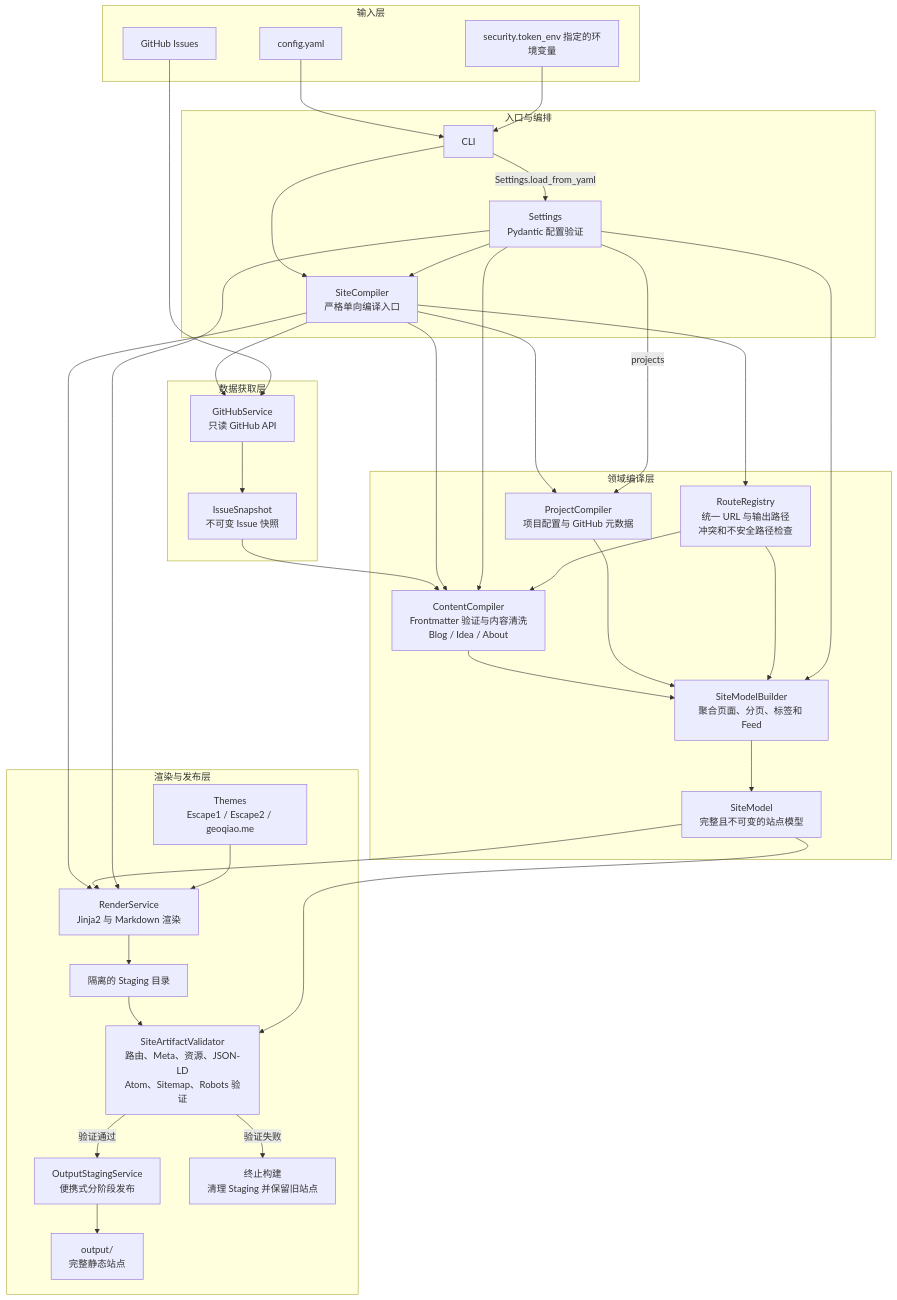
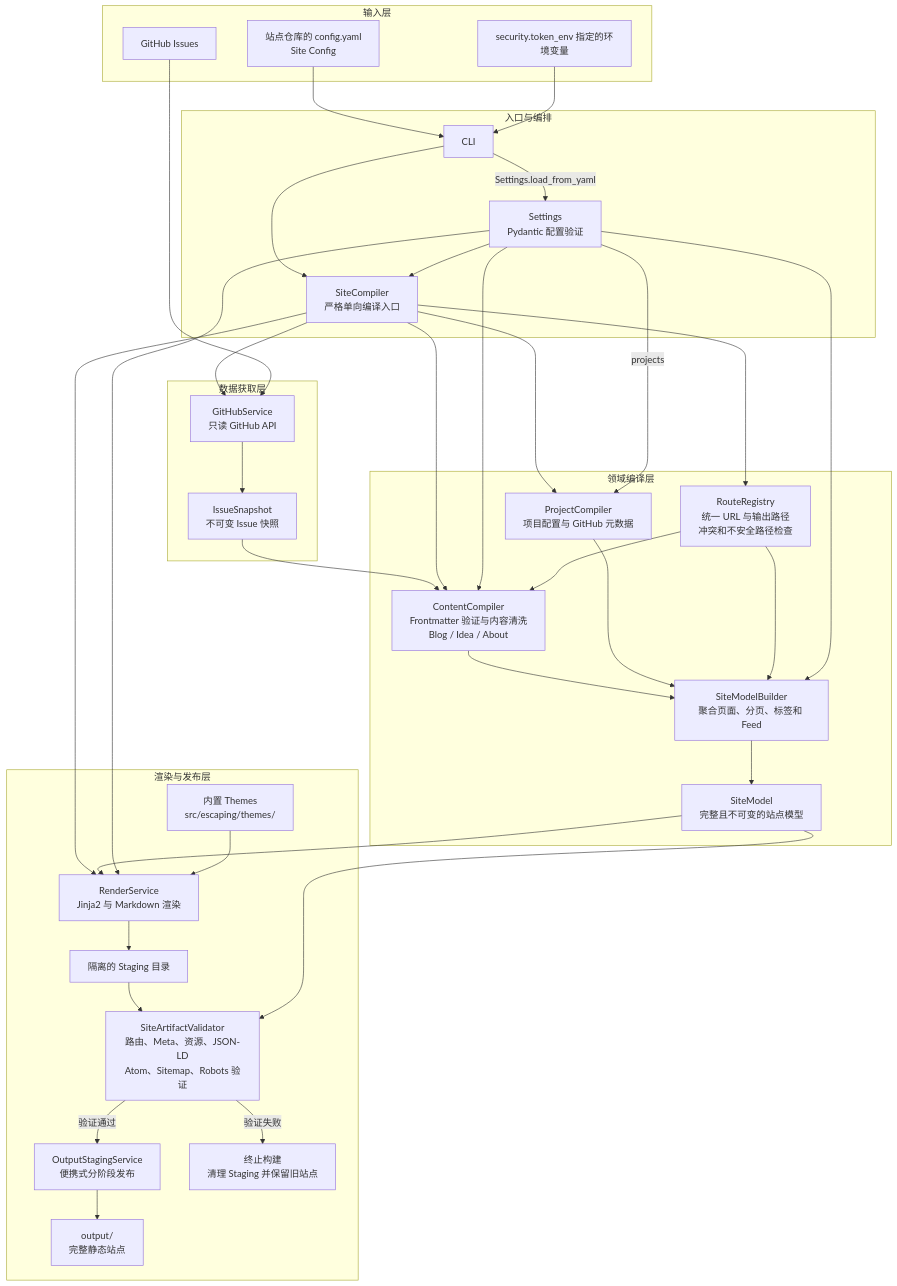
One commit to geoqiao/escaping changed the first of 2 diagrams in docs/dual-repo-architecture.md. Above: the diagram before and after it, drawn with Mermaid. The commit also changed other lines of this file and 44 other files, not shown here.

````diff
--- a/docs/dual-repo-architecture.md
+++ b/docs/dual-repo-architecture.md
@@ -17,71 +25,71 @@
 ```mermaid
 flowchart TD
     subgraph Inputs["输入层"]
-        Config["config.yaml"]
+        Config["站点仓库的 config.yaml<br/>Site Config"]
         Token["security.token_env 指定的环境变量"]
         Issues["GitHub Issues"]
     end
 
     subgraph Entry["入口与编排"]
         CLI["CLI"]
         Settings["Settings<br/>Pydantic 配置验证"]
         SiteCompiler["SiteCompiler<br/>严格单向编译入口"]
     end
 
     subgraph Acquisition["数据获取层"]
         GitHubService["GitHubService<br/>只读 GitHub API"]
         Snapshots["IssueSnapshot<br/>不可变 Issue 快照"]
     end
 
     subgraph Compilation["领域编译层"]
         ContentCompiler["ContentCompiler<br/>Frontmatter 验证与内容清洗<br/>Blog / Idea / About"]
         ProjectCompiler["ProjectCompiler<br/>项目配置与 GitHub 元数据"]
         RouteRegistry["RouteRegistry<br/>统一 URL 与输出路径<br/>冲突和不安全路径检查"]
         SiteModelBuilder["SiteModelBuilder<br/>聚合页面、分页、标签和 Feed"]
         SiteModel["SiteModel<br/>完整且不可变的站点模型"]
     end
 
     subgraph Rendering["渲染与发布层"]
         RenderService["RenderService<br/>Jinja2 与 Markdown 渲染"]
-        Themes["Themes<br/>Escape1 / Escape2 / geoqiao.me"]
+        Themes["内置 Themes<br/>src/escaping/themes/"]
         Staging["隔离的 Staging 目录"]
         Validator["SiteArtifactValidator<br/>路由、Meta、资源、JSON-LD<br/>Atom、Sitemap、Robots 验证"]
         Publisher["OutputStagingService<br/>便携式分阶段发布"]
         Output["output/<br/>完整静态站点"]
         Failed["终止构建<br/>清理 Staging 并保留旧站点"]
     end
 
     Config --> CLI
     CLI -->|"Settings.load_from_yaml"| Settings
     Token --> CLI
     CLI --> SiteCompiler
     Settings --> SiteCompiler
 
     SiteCompiler --> GitHubService
     Issues --> GitHubService
     GitHubService --> Snapshots
     Snapshots --> ContentCompiler
 
     SiteCompiler --> ContentCompiler
     Settings --> ContentCompiler
     SiteCompiler --> ProjectCompiler
     Settings -->|"projects"| ProjectCompiler
     SiteCompiler --> RouteRegistry
     RouteRegistry --> ContentCompiler
     ContentCompiler --> SiteModelBuilder
     ProjectCompiler --> SiteModelBuilder
     RouteRegistry --> SiteModelBuilder
     Settings --> SiteModelBuilder
     SiteModelBuilder --> SiteModel
 
     SiteCompiler --> RenderService
     SiteModel --> RenderService
     Settings --> RenderService
     Themes --> RenderService
     RenderService --> Staging
     Staging --> Validator
     SiteModel --> Validator
     Validator -->|"验证通过"| Publisher
     Validator -->|"验证失败"| Failed
     Publisher --> Output
 ```
````
